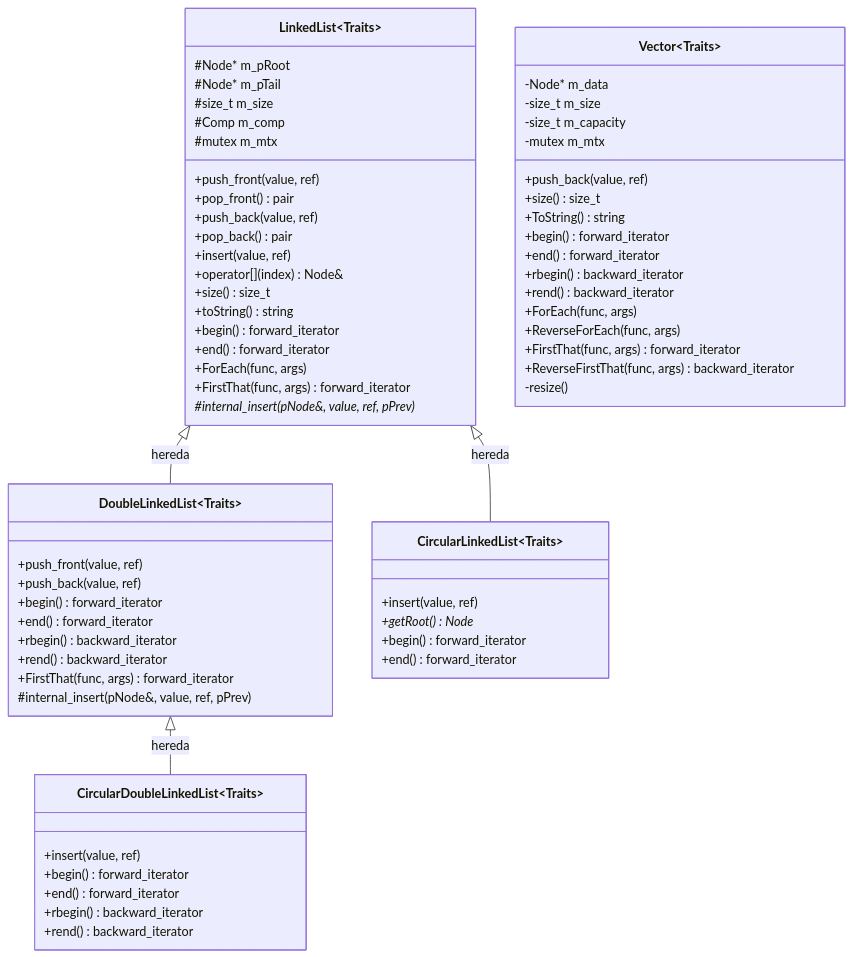
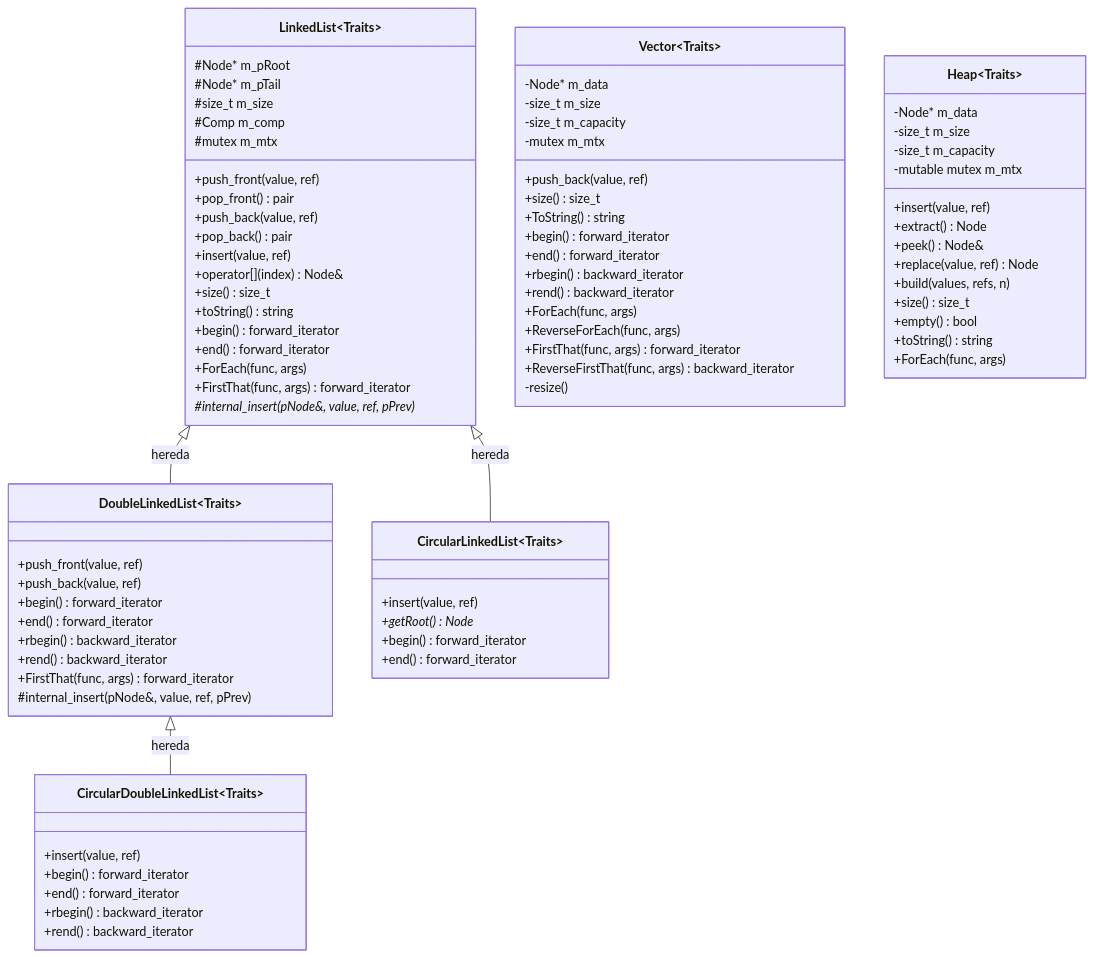
The first of 9 diagrams in README.md (Camilo-vinatea/2026-I-MCC001-AED), drawn with Mermaid before and after one commit. The commit also changed other lines of this file and 7 other files, not shown here.

```diff
--- a/README.md
+++ b/README.md
@@ -74,6 +74,22 @@
         -resize()
     }
 
+    class Heap~Traits~ {
+        -Node* m_data
+        -size_t m_size
+        -size_t m_capacity
+        -mutable mutex m_mtx
+        +insert(value, ref)
+        +extract() Node
+        +peek() Node&
+        +replace(value, ref) Node
+        +build(values, refs, n)
+        +size() size_t
+        +empty() bool
+        +toString() string
+        +ForEach(func, args)
+    }
+
     LinkedList <|-- DoubleLinkedList : hereda
     LinkedList <|-- CircularLinkedList : hereda
     DoubleLinkedList <|-- CircularDoubleLinkedList : hereda
```
